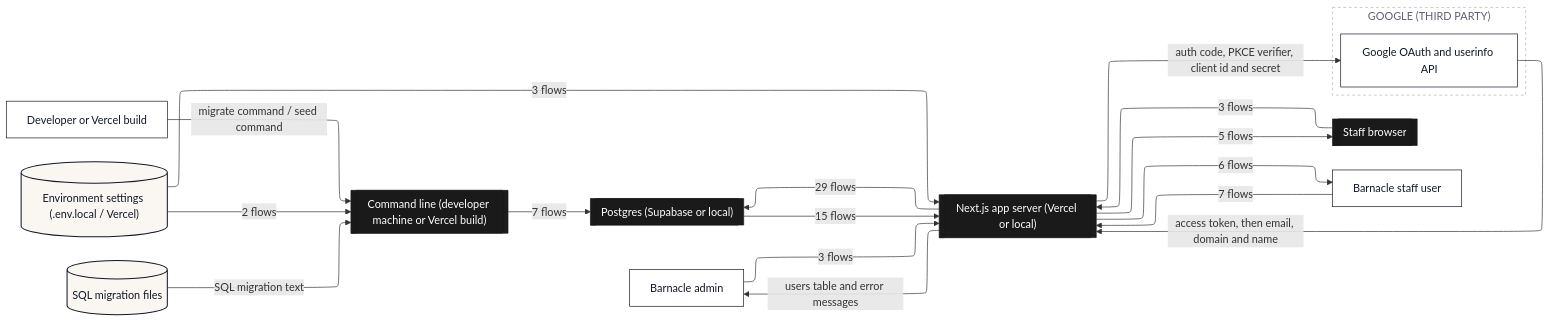
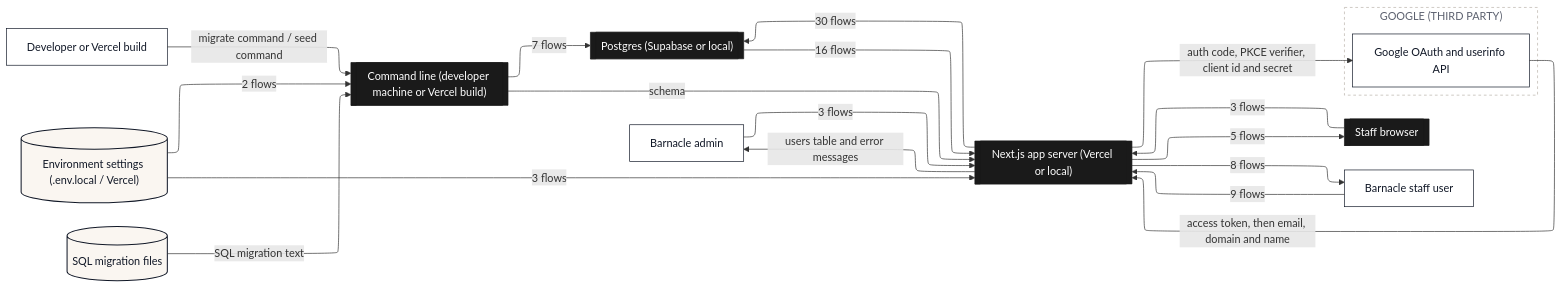
Before and after one commit to Romain-Perche/Barnacle-Pipe: the second of 10 diagrams in dataflow/DATAFLOW.md, drawn with Mermaid. The commit also changed other lines of this file and 13 other files, not shown here.

````diff
--- a/dataflow/DATAFLOW.md
+++ b/dataflow/DATAFLOW.md
@@ -91,44 +92,45 @@
 ```mermaid
 ---
 config:
   layout: elk
 ---
 flowchart LR
     n1[["Next.js app server (Vercel or local)"]]
     n2[["Staff browser"]]
     n3[["Command line (developer machine or Vercel build)"]]
     n4[["Postgres (Supabase or local)"]]
     n5["Barnacle admin"]
     n6["Developer or Vercel build"]
     n7[("Environment settings (.env.local / Vercel)")]
     n8[("SQL migration files")]
     n9["Barnacle staff user"]
     subgraph z1["GOOGLE (THIRD PARTY)"]
         n10["Google OAuth and userinfo API"]
     end
     n5 -->|"3 flows"| n1
-    n1 -->|"6 flows"| n9
+    n1 -->|"8 flows"| n9
     n2 -->|"3 flows"| n1
-    n1 -->|"29 flows"| n4
-    n4 -->|"15 flows"| n1
+    n1 -->|"30 flows"| n4
+    n4 -->|"16 flows"| n1
     n6 -->|"migrate command / seed command"| n3
     n7 -->|"3 flows"| n1
     n7 -->|"2 flows"| n3
     n1 -->|"5 flows"| n2
     n1 -->|"auth code, PKCE verifier, client id and secret"| n10
     n10 -->|"access token, then email, domain and name"| n1
     n3 -->|"7 flows"| n4
+    n3 -->|"schema"| n1
     n8 -->|"SQL migration text"| n3
-    n9 -->|"7 flows"| n1
+    n9 -->|"9 flows"| n1
     n1 -->|"users table and error messages"| n5
     classDef actor fill:#FFFFFF,stroke:#111827,stroke-width:1px,color:#111827
     classDef process fill:#EDEAFF,stroke:#2B00FF,stroke-width:1.5px,color:#111827
     classDef store fill:#FAF6F1,stroke:#111827,stroke-width:1.5px,color:#111827
     classDef zone fill:#1A1A1A,stroke:#1A1A1A,color:#FFFFFF
     classDef group fill:#2B00FF,stroke:#2B00FF,color:#FFFFFF
     classDef stub fill:#FFFFFF,stroke:#2B00FF,stroke-width:1.5px,stroke-dasharray:5 4,color:#2B00FF
     class n5,n6,n9,n10 actor
     class n7,n8 store
     class n1,n2,n3,n4 zone
     style z1 fill:#FFFFFF,stroke:#B9B2A8,stroke-dasharray:4 4,color:#5D6270
 ```
````
